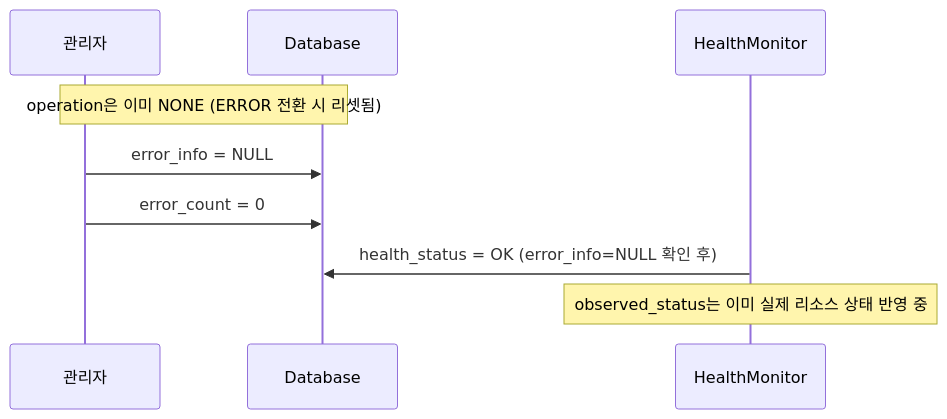
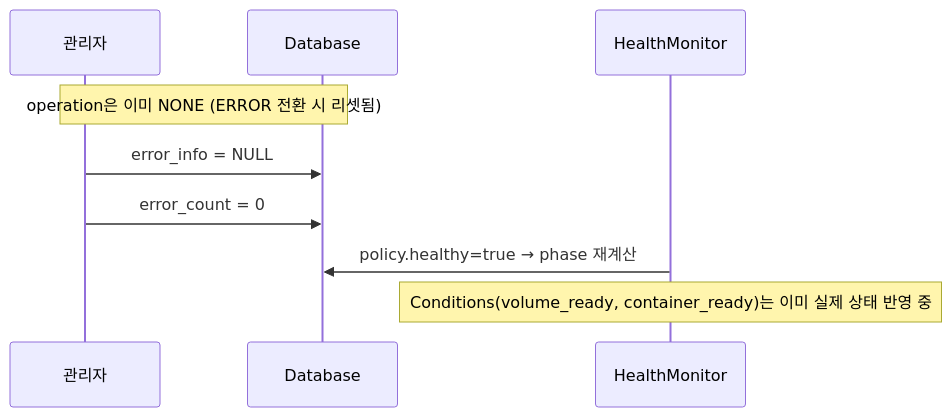
Before and after one commit to cagojeiger/code-hub: the sixth of 6 diagrams in docs/spec_v2/04-control-plane.md, drawn with Mermaid. The commit also changed other lines of this file and 2 other files, not shown here.

First line of the commit message:
docs(spec_v2): update all spec docs to Conditions pattern

````diff
--- a/docs/spec_v2/04-control-plane.md
+++ b/docs/spec_v2/04-control-plane.md
@@ -534,12 +546,12 @@
 ```mermaid
 sequenceDiagram
     participant Admin as 관리자
     participant DB as Database
     participant HM as HealthMonitor
 
     Note over Admin,DB: operation은 이미 NONE (ERROR 전환 시 리셋됨)
     Admin->>DB: error_info = NULL
     Admin->>DB: error_count = 0
-    HM->>DB: health_status = OK (error_info=NULL 확인 후)
-    Note over HM: observed_status는 이미 실제 리소스 상태 반영 중
+    HM->>DB: policy.healthy=true → phase 재계산
+    Note over HM: Conditions(volume_ready, container_ready)는 이미 실제 상태 반영 중
 ```
````
